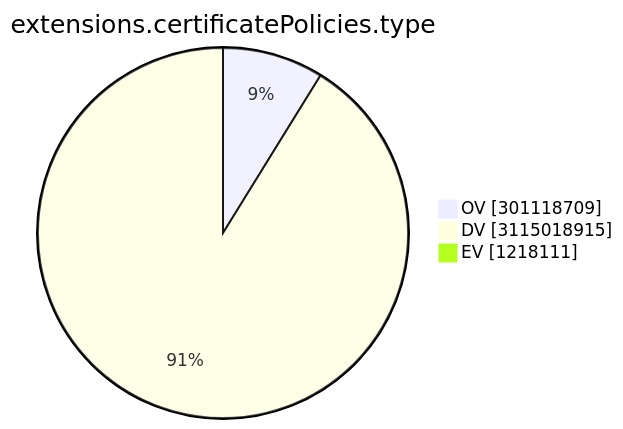
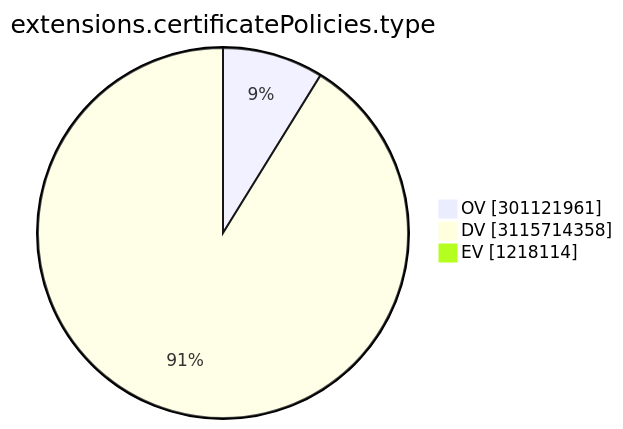
Before and after one commit to christiankrug/ctmonitor_visualization: the ninth of 15 diagrams in TOTAL/README.md, drawn with Mermaid. The commit also changed other lines of this file, not shown here.

````diff
--- a/TOTAL/README.md
+++ b/TOTAL/README.md
@@ -3103,7 +3103,7 @@
 ```mermaid
 pie showData
 title extensions.certificatePolicies.type
-"OV" :301118709
-"DV" :3115018915
-"EV" :1218111
+"OV" :301121961
+"DV" :3115714358
+"EV" :1218114
 ```
````
